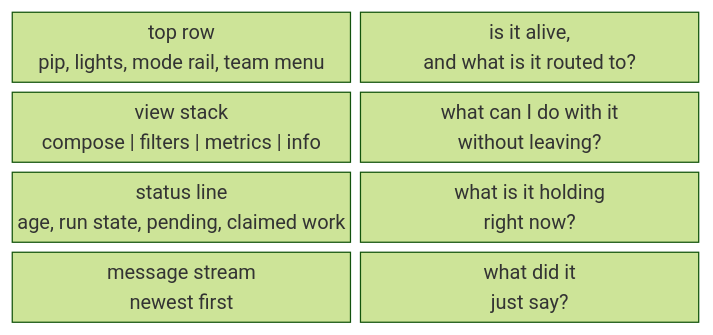
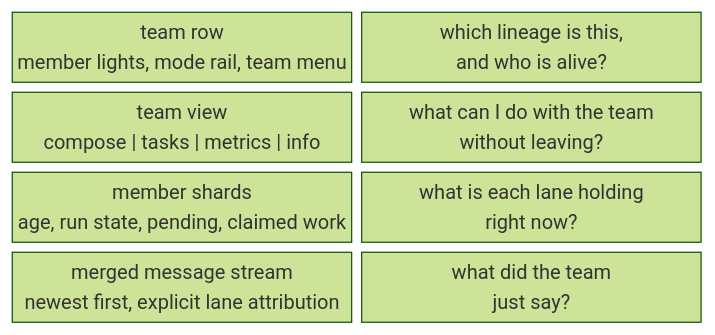
Diagram 16 of 25 in docs/product/value.md (infimalabs/spice-rust), drawn with Mermaid (forest theme) before and after one commit. The commit also changed other lines of this file and 71 other files, not shown here.

````diff
--- a/docs/product/value.md
+++ b/docs/product/value.md
@@ -303,8 +369,8 @@
 ```mermaid
 block-beta
   columns 2
-  T["top row<br/>pip, lights, mode rail, team menu"] q1["is it alive,<br/>and what is it routed to?"]
-  V["view stack<br/>compose | filters | metrics | info"] q2["what can I do with it<br/>without leaving?"]
-  S["status line<br/>age, run state, pending, claimed work"] q3["what is it holding<br/>right now?"]
-  M["message stream<br/>newest first"] q4["what did it<br/>just say?"]
+  T["team row<br/>member lights, mode rail, team menu"] q1["which lineage is this,<br/>and who is alive?"]
+  V["team view<br/>compose | tasks | metrics | info"] q2["what can I do with the team<br/>without leaving?"]
+  S["member shards<br/>age, run state, pending, claimed work"] q3["what is each lane holding<br/>right now?"]
+  M["merged message stream<br/>newest first, explicit lane attribution"] q4["what did the team<br/>just say?"]
 ```
````
